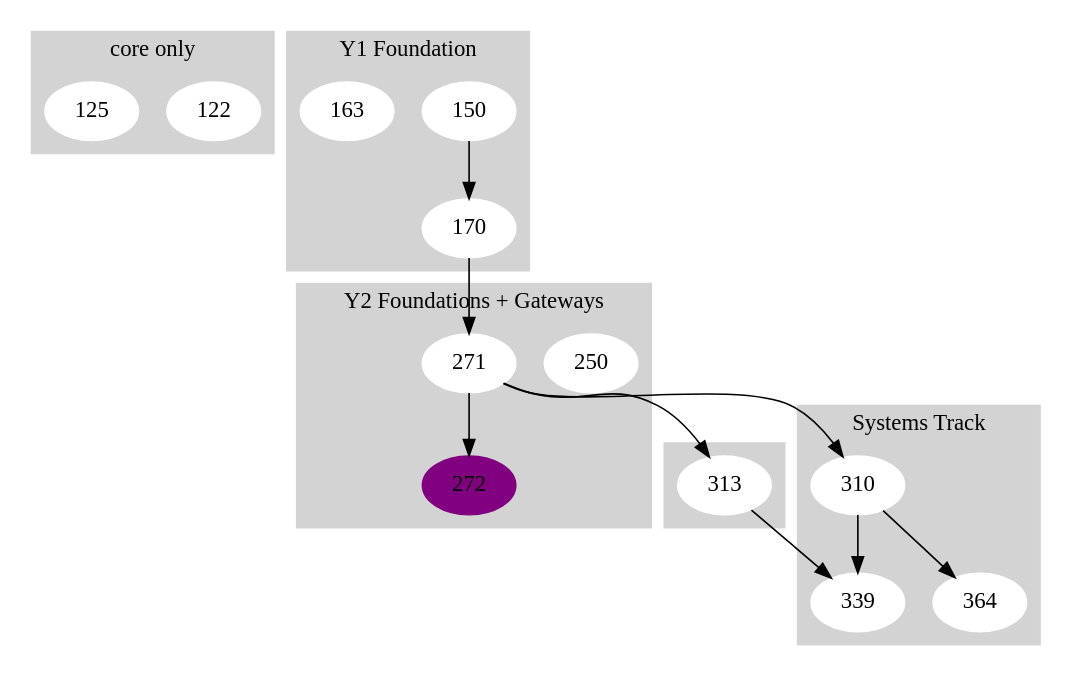
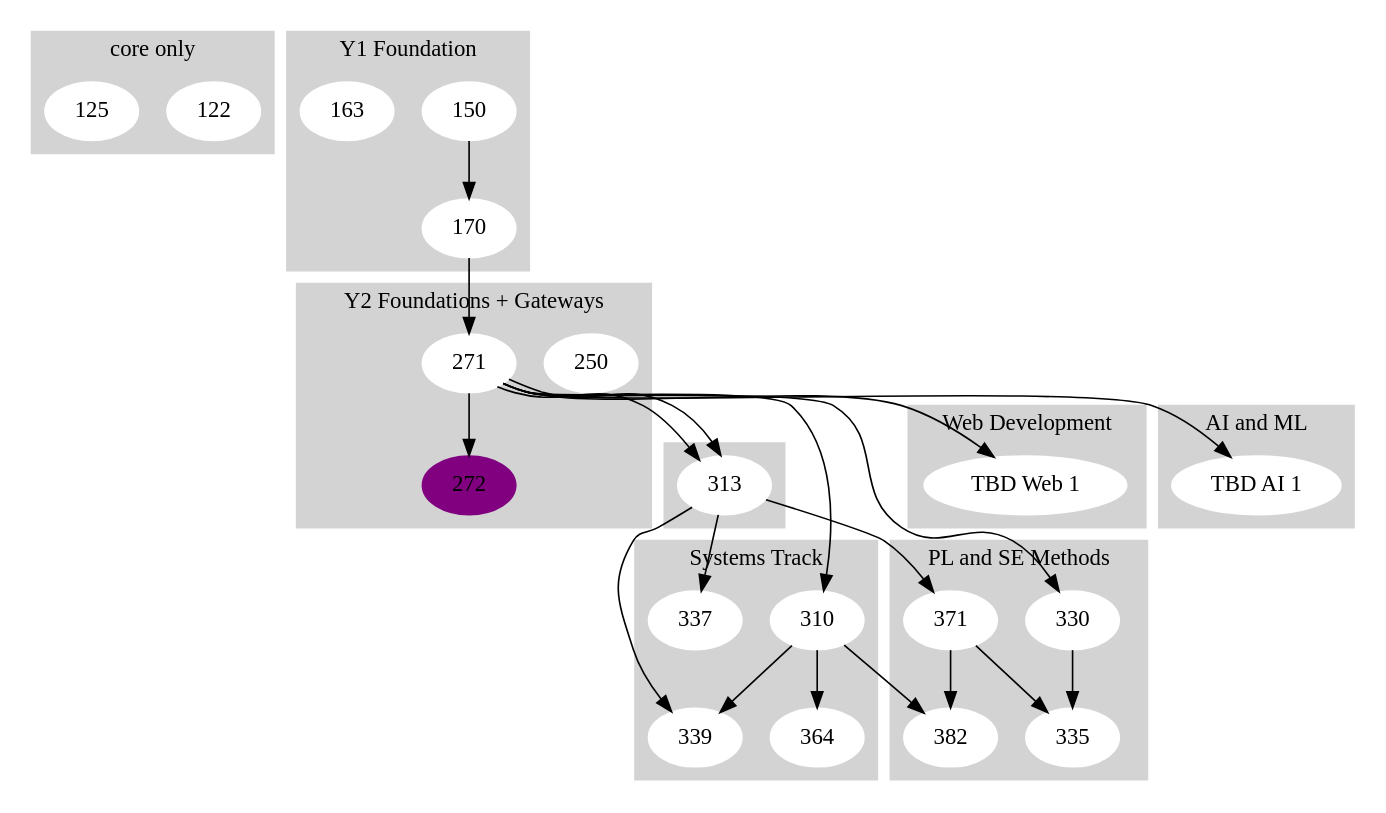
The diagram in curriculum.gv (gkthiruvathukal/curriculum), drawn with Graphviz before and after one commit. The commit also changed 1 other file, not shown here.

```diff
--- a/curriculum.gv
+++ b/curriculum.gv
@@ -1,48 +1,76 @@
 digraph G {
 	compound=true
 	subgraph cluster_core {
 		node [color=white style=filled]
 		style=filled
 		color=lightgrey
 		122
 		125
 		label="core only"
 	}
 	subgraph cluster_foundation_y1 {
 		node [color=white style=filled]
 		style=filled
 		color=lightgrey
 		150
 		163
 		150 -> 170
 		label="Y1 Foundation"
 	}
 	subgraph cluster_year2 {
 		node [color=white style=filled]
 		style=filled
 		color=lightgrey
 		250
 		271
 		272 [color=purple]
 		271 -> 272
 		label="Y2 Foundations + Gateways"
 	}
 	subgraph cluster_y3 {
 		node [color=white style=filled]
 		style=filled
 		color=lightgrey
 		313
 	}
 	subgraph cluster_systems {
 		node [color=white style=filled]
 		style=filled
 		color=lightgrey
 		271 -> 310
 		310 -> 339
 		310 -> 364
 		313 -> 339
+		313 -> 337
 		label="Systems Track"
+	}
+	subgraph cluster_plse {
+		node [color=white style=filled]
+		style=filled
+		color=lightgrey
+		271 -> 313
+		271 -> 330
+		313 -> 371
+		330 -> 335
+		371 -> 335
+		371 -> 382
+		310 -> 382
+		label="PL and SE Methods"
+	}
+	subgraph cluster_web {
+		node [color=white style=filled]
+		style=filled
+		color=lightgrey
+		271 -> "TBD Web 1"
+		label="Web Development"
+	}
+	subgraph cluster_ai {
+		node [color=white style=filled]
+		style=filled
+		color=lightgrey
+		271 -> "TBD AI 1"
+		label="AI and ML"
 	}
 	170 -> 271
 	271 -> 313
 }
```
